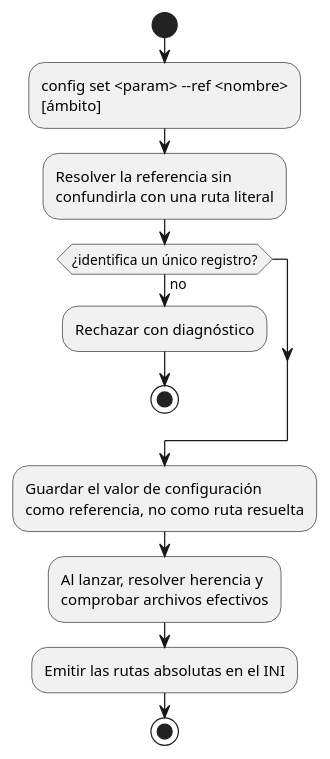
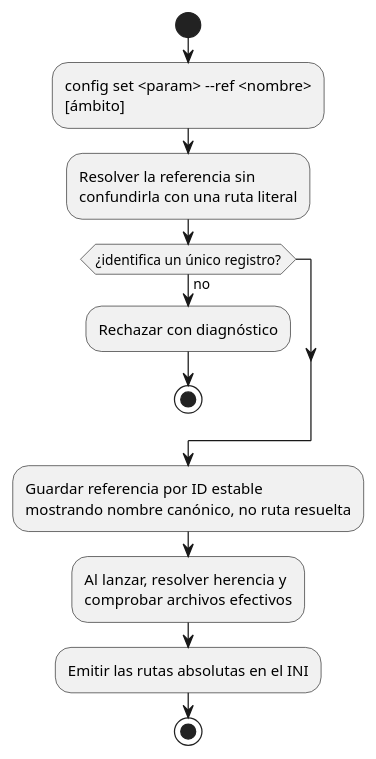
One commit to mstranich/coquena changed the sixth of 6 diagrams in docs/actividades.md. Above: the diagram before and after it, drawn with PlantUML. The commit also changed other lines of this file and 11 other files, not shown here.

````diff
--- a/docs/actividades.md
+++ b/docs/actividades.md
@@ -226,15 +231,15 @@
 ```plantuml
 @startuml
 start
 :config set <param> --ref <nombre>\n[ámbito];
 :Resolver la referencia sin\nconfundirla con una ruta literal;
 if (¿identifica un único registro?) then (no)
   :Rechazar con diagnóstico;
   stop
 endif
-:Guardar el valor de configuración\ncomo referencia, no como ruta resuelta;
+:Guardar referencia por ID estable\nmostrando nombre canónico, no ruta resuelta;
 :Al lanzar, resolver herencia y\ncomprobar archivos efectivos;
 :Emitir las rutas absolutas en el INI;
 stop
 @enduml
 ```
````
